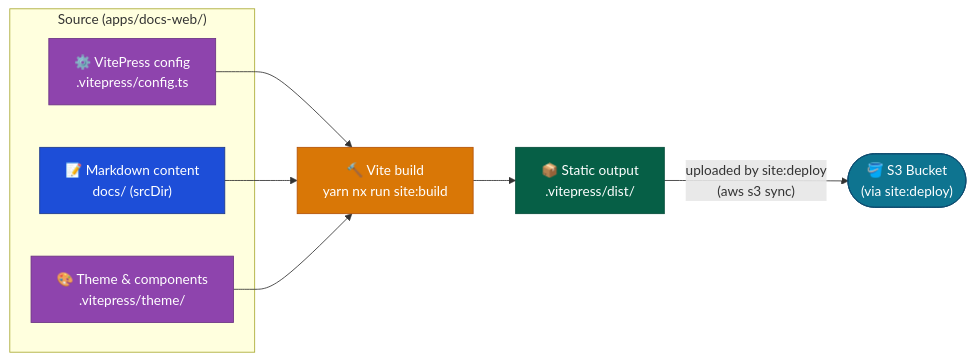
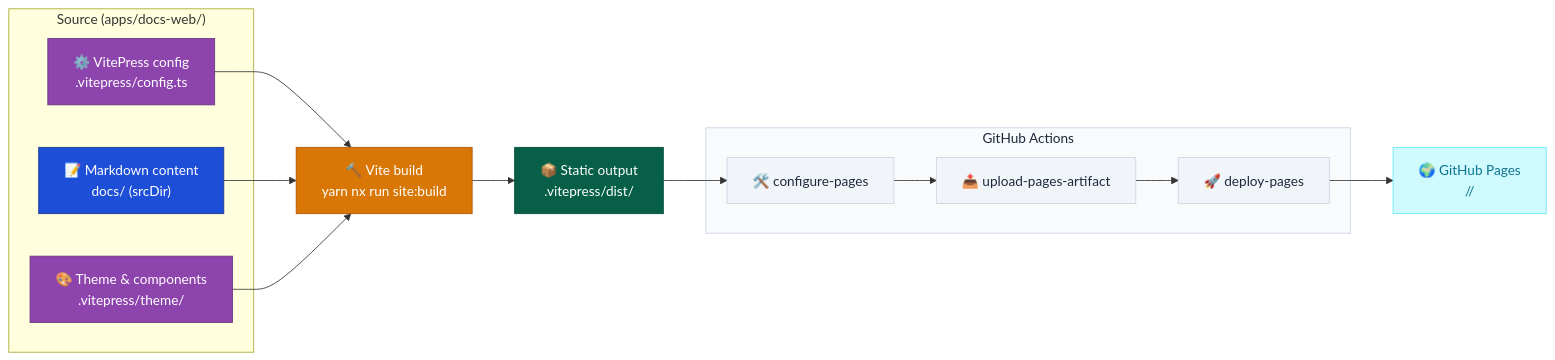
One commit to DataArt/artisyn-implementation-harness changed the diagram in docs/Target Architecture (HLD)/v1/Containers/Web.md. Above: the diagram before and after it, drawn with Mermaid. The commit also changed other lines of this file and 13 other files, not shown here.

````diff
--- a/docs/Target Architecture (HLD)/v1/Containers/Web.md
+++ b/docs/Target Architecture (HLD)/v1/Containers/Web.md
@@ -13,27 +13,36 @@
 ```mermaid
 flowchart LR
     subgraph SOURCE ["  Source (apps/docs-web/)  "]
         CONFIG["⚙️ VitePress config\n.vitepress/config.ts"]:::config
         CONTENT["📝 Markdown content\ndocs/ (srcDir)"]:::content
         THEME["🎨 Theme & components\n.vitepress/theme/"]:::theme
     end
 
     BUILD["🔨 Vite build\nyarn nx run site:build"]:::build
 
     DIST["📦 Static output\n.vitepress/dist/"]:::dist
 
-    S3(["🪣 S3 Bucket\n(via site:deploy)"]):::s3
+    subgraph CI_BOX ["  GitHub Actions  "]
+        CFGP["🛠️ configure-pages"]:::ci
+        UPLOAD["📤 upload-pages-artifact"]:::ci
+        DEPLOY["🚀 deploy-pages"]:::ci
+    end
+
+    PAGES["🌍 GitHub Pages\n/<repo>/"]:::pages
 
     CONFIG --> BUILD
     CONTENT --> BUILD
     THEME --> BUILD
     BUILD --> DIST
-    DIST -->|"uploaded by site:deploy\n(aws s3 sync)"| S3
+    DIST --> CFGP --> UPLOAD --> DEPLOY --> PAGES
 
     classDef config  fill:#8E44AD,stroke:#6C3483,color:#fff
     classDef content fill:#1D4ED8,stroke:#1e3a8a,color:#fff
     classDef theme   fill:#8E44AD,stroke:#6C3483,color:#fff
     classDef build   fill:#D97706,stroke:#B45309,color:#fff
     classDef dist    fill:#065F46,stroke:#064e3b,color:#fff
-    classDef s3      fill:#0E7490,stroke:#0c4a6e,color:#fff
+    classDef ci      fill:#F1F5F9,stroke:#CBD5E1,color:#1E293B
+    classDef pages   fill:#CFFAFE,stroke:#67E8F9,color:#0E7490
+
+    style CI_BOX fill:#F8FAFC,stroke:#CBD5E1,color:#1E293B
 ```
````
